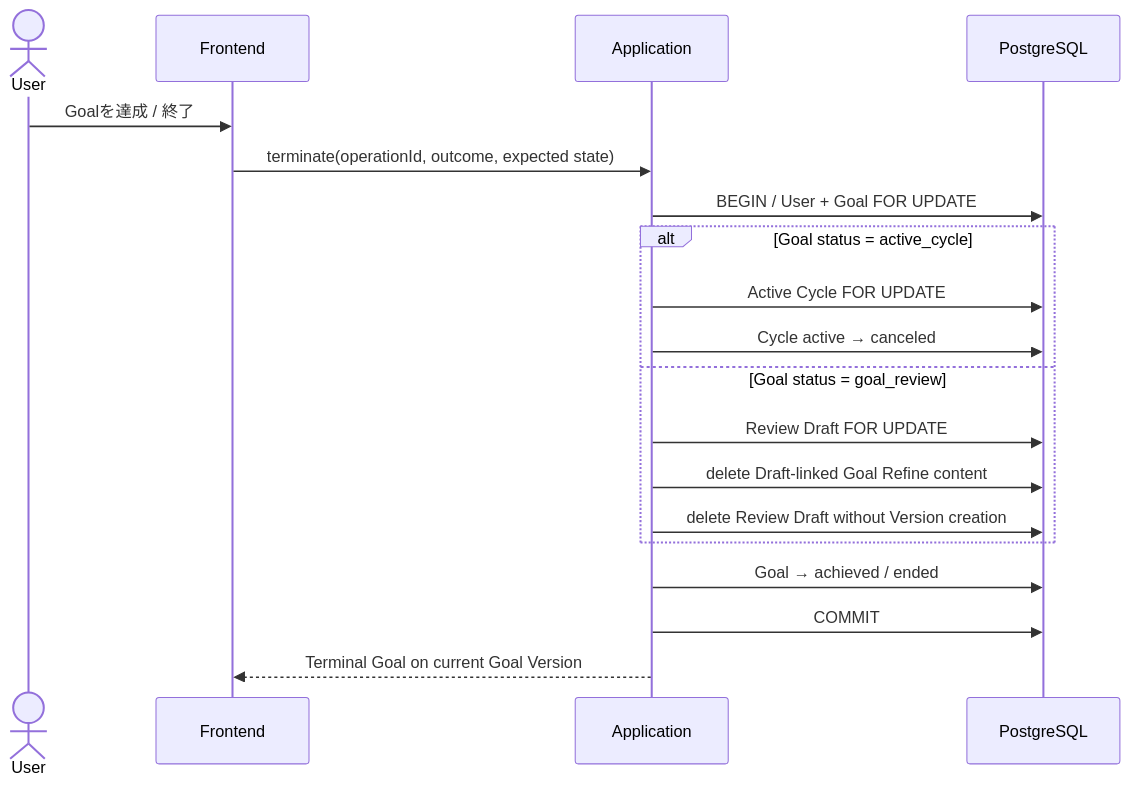
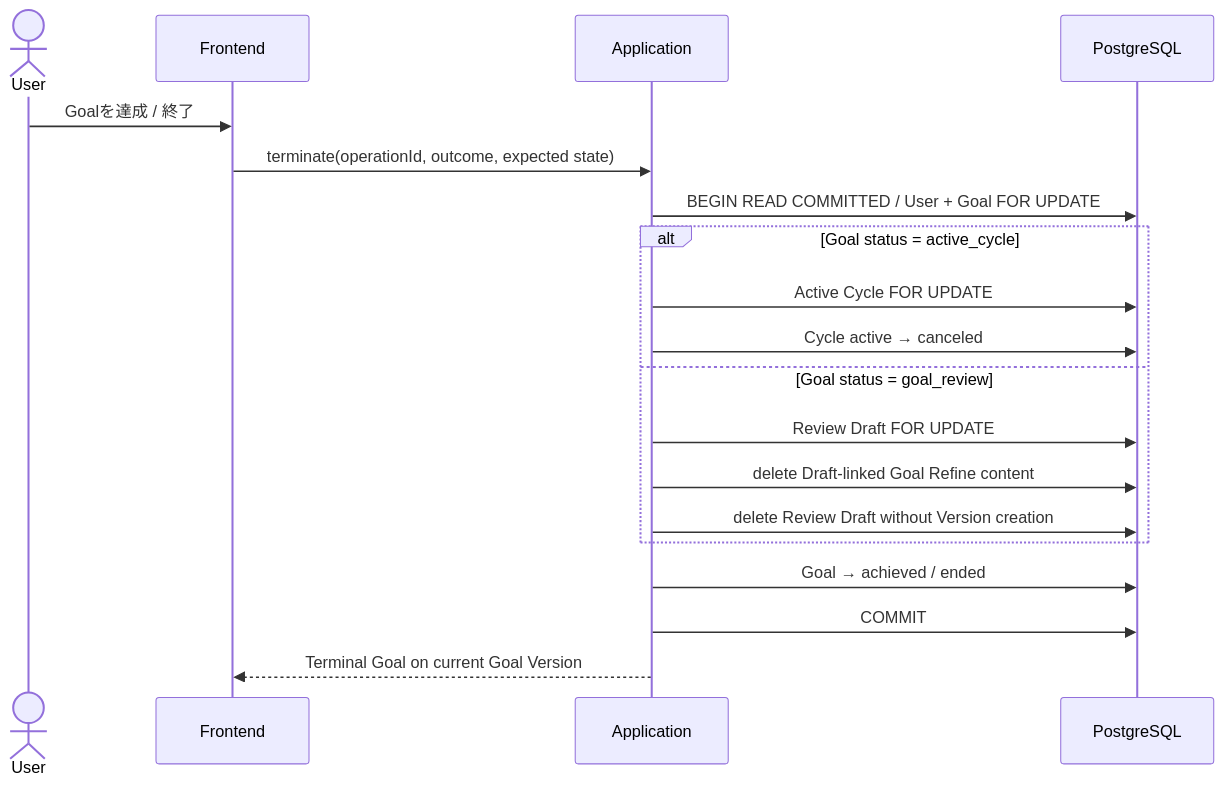
The tenth of 12 diagrams in docs/design.md (fukamu/cycle), drawn with Mermaid before and after one commit. The commit also changed other lines of this file and 5 other files, not shown here.

````diff
--- a/docs/design.md
+++ b/docs/design.md
@@ -2008,22 +2013,22 @@
 ```mermaid
 sequenceDiagram
     actor U as User
     participant F as Frontend
     participant B as Application
     participant DB as PostgreSQL
 
     U->>F: Goalを達成 / 終了
     F->>B: terminate(operationId, outcome, expected state)
-    B->>DB: BEGIN / User + Goal FOR UPDATE
+    B->>DB: BEGIN READ COMMITTED / User + Goal FOR UPDATE
     alt Goal status = active_cycle
         B->>DB: Active Cycle FOR UPDATE
         B->>DB: Cycle active → canceled
     else Goal status = goal_review
         B->>DB: Review Draft FOR UPDATE
         B->>DB: delete Draft-linked Goal Refine content
         B->>DB: delete Review Draft without Version creation
     end
     B->>DB: Goal → achieved / ended
     B->>DB: COMMIT
     B-->>F: Terminal Goal on current Goal Version
 ```
````
